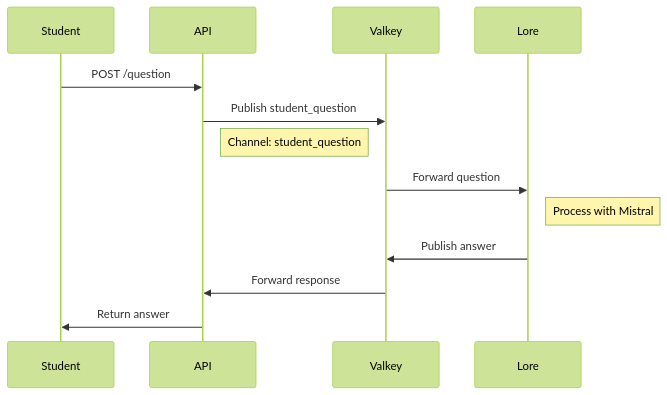
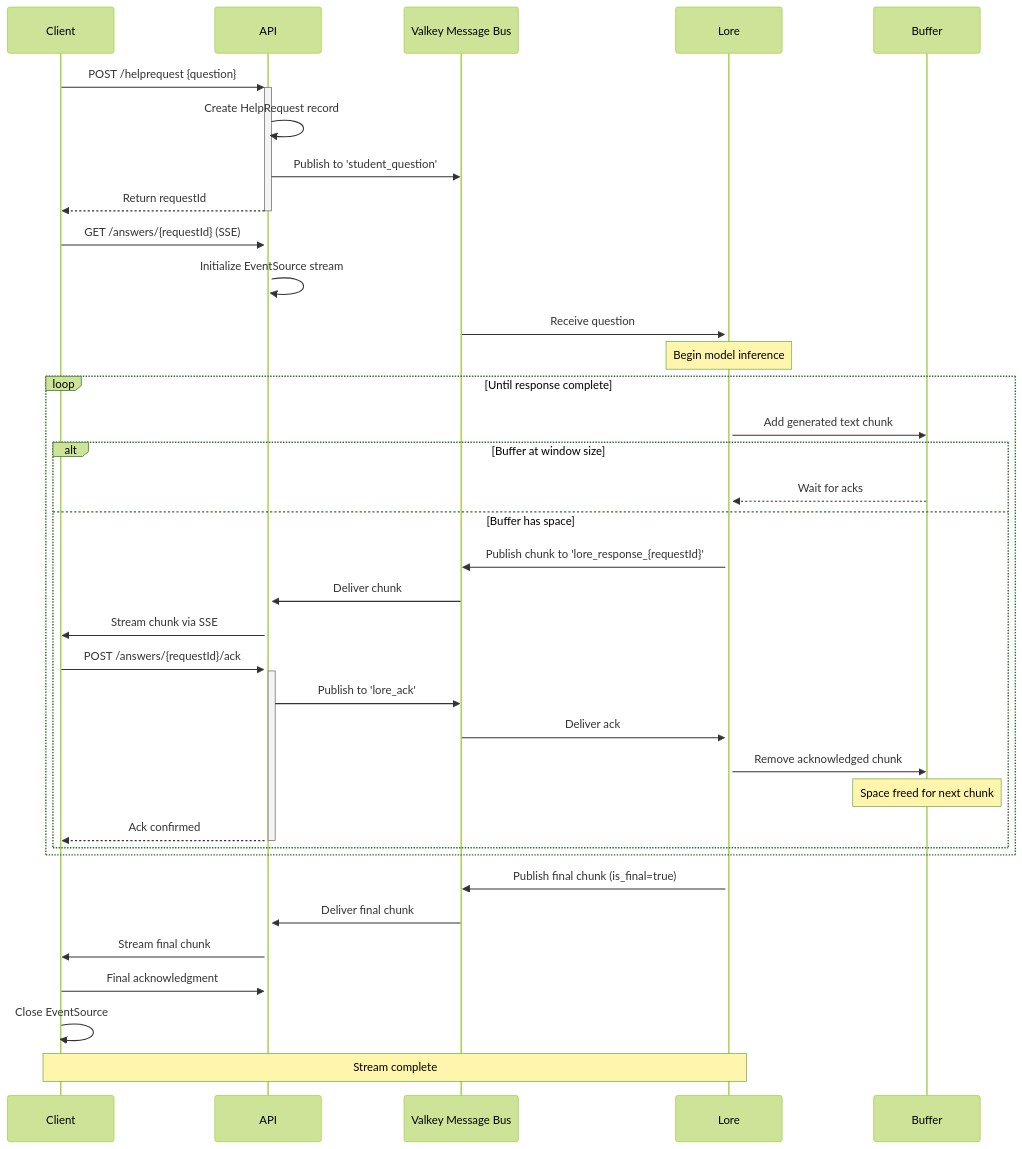
One commit to stevebrownlee/service-lore changed the diagram in README.md. Above: the diagram before and after it, drawn with Mermaid (forest theme). The commit also changed 7 other files, not shown here.

Commit message:
Leaned up models, metrics and ack process. Added sequence diagram

````diff
--- a/README.md
+++ b/README.md
@@ -36,17 +36,45 @@
 ```mermaid
 sequenceDiagram
-    participant Student
+    participant Client
     participant API
-    participant Valkey
+    participant Valkey as Valkey Message Bus
     participant Lore
+    participant Buffer
 
-    Student->>API: POST /question
-    API->>Valkey: Publish student_question
-    Note right of API: Channel: student_question
-    Valkey->>Lore: Forward question
-    Note right of Lore: Process with Mistral
-    Lore->>Valkey: Publish answer
-    Valkey->>API: Forward response
-    API->>Student: Return answer
+    Client->>+API: POST /helprequest {question}
+    API->>API: Create HelpRequest record
+    API->>Valkey: Publish to 'student_question'
+    API-->>-Client: Return requestId
 
+    Client->>+API: GET /answers/{requestId} (SSE)
+    API->>API: Initialize EventSource stream
+
+    Valkey->>+Lore: Receive question
+    Note over Lore: Begin model inference
+
+    loop Until response complete
+        Lore->>Buffer: Add generated text chunk
+        alt Buffer at window size
+            Buffer-->>Lore: Wait for acks
+        else Buffer has space
+            Lore->>Valkey: Publish chunk to 'lore_response_{requestId}'
+            Valkey->>API: Deliver chunk
+            API->>Client: Stream chunk via SSE
+
+            Client->>+API: POST /answers/{requestId}/ack
+            API->>Valkey: Publish to 'lore_ack'
+            Valkey->>Lore: Deliver ack
+            Lore->>Buffer: Remove acknowledged chunk
+            Note over Buffer: Space freed for next chunk
+            API-->>-Client: Ack confirmed
+        end
+    end
+
+    Lore->>Valkey: Publish final chunk (is_final=true)
+    Valkey->>API: Deliver final chunk
+    API->>Client: Stream final chunk
+    Client->>API: Final acknowledgment
+    Client->>Client: Close EventSource
+
+    Note over Client,Lore: Stream complete
 ```
````
